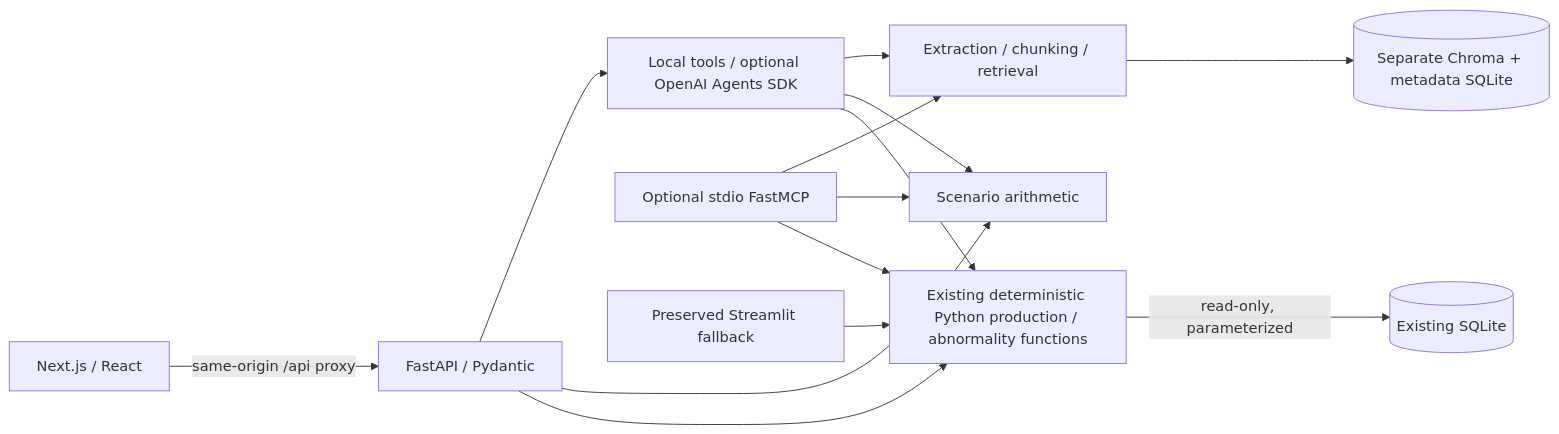
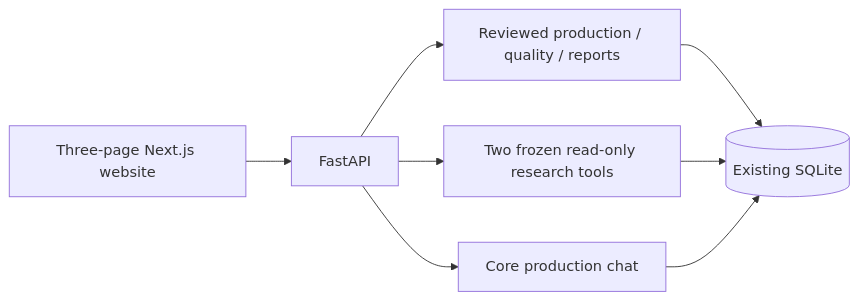
Before and after one commit to Martin-Ma-0104/manufacturing-progress-assistant: the diagram in manufacturing-ai-agent/docs/ENTERPRISE.md, drawn with Mermaid. The commit also changed other lines of this file and 17 other files, not shown here.

First line of the commit message:
Focus the website on production, monitoring and AI analysis

````diff
--- a/manufacturing-ai-agent/docs/ENTERPRISE.md
+++ b/manufacturing-ai-agent/docs/ENTERPRISE.md
@@ -9,16 +7,10 @@
 ```mermaid
 flowchart LR
-  UI[Next.js / React] -->|same-origin /api proxy| API[FastAPI / Pydantic]
-  API --> Shared[Existing deterministic Python production / abnormality functions]
-  Shared -->|read-only, parameterized| DB[(Existing SQLite)]
-  API --> Calc[Scenario arithmetic]
-  API --> Agent[Local tools / optional OpenAI Agents SDK]
-  Agent --> Shared
-  Agent --> Calc
-  Agent --> RAG[Extraction / chunking / retrieval]
-  RAG --> Knowledge[(Separate Chroma + metadata SQLite)]
-  MCP[Optional stdio FastMCP] --> Shared
-  MCP --> Calc
-  MCP --> RAG
-  Old[Preserved Streamlit fallback] --> Shared
+  UI[Three-page Next.js website] --> API[FastAPI]
+  API --> Production[Reviewed production / quality / reports]
+  API --> Research[Two frozen read-only research tools]
+  API --> Chat[Core production chat]
+  Production --> DB[(Existing SQLite)]
+  Research --> DB
+  Chat --> DB
 ```
````
